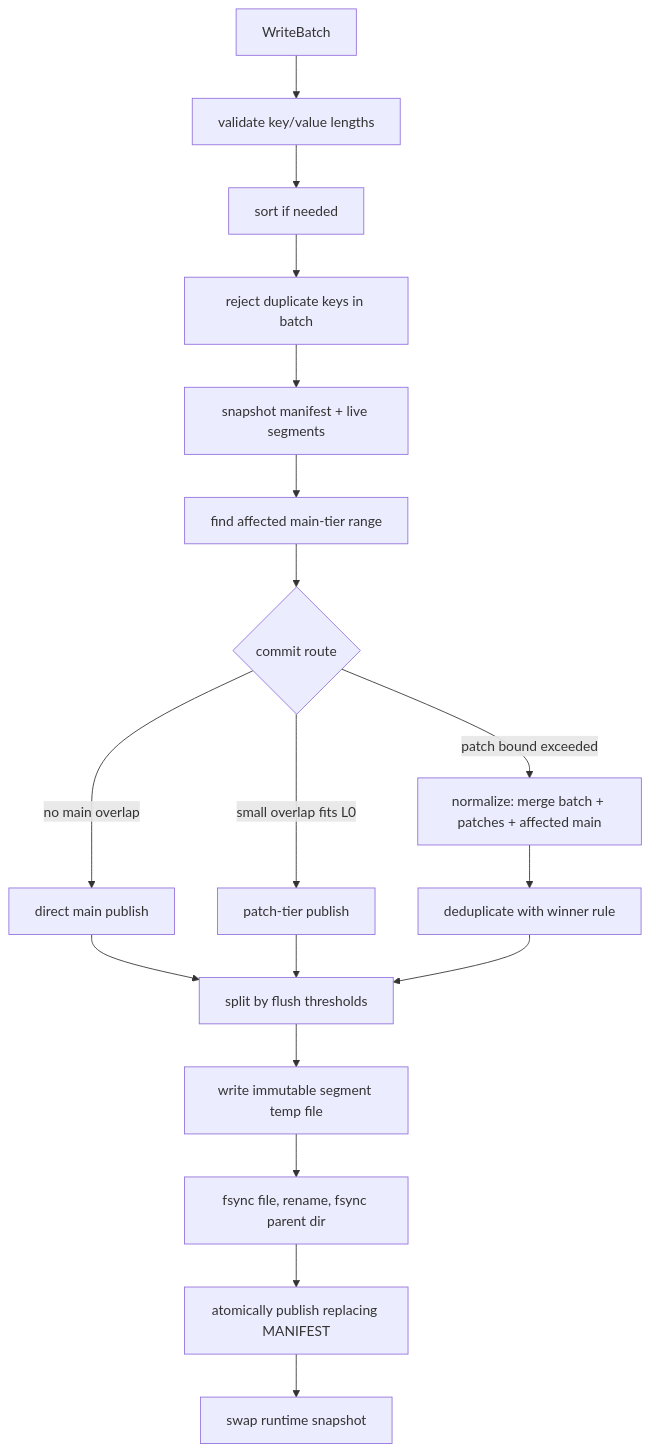
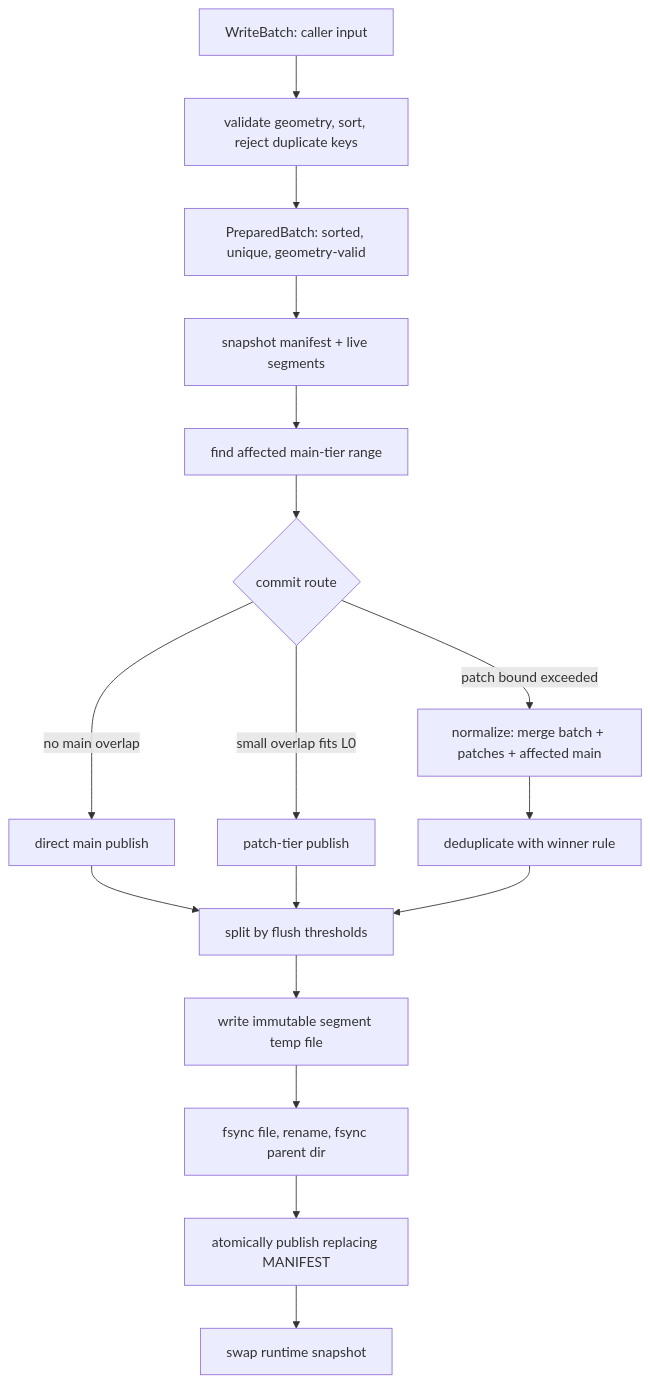
One commit to wangl-cc/evo-ssa-tools changed the fifth of 7 diagrams in crates/segment-cache-store/docs/design.md. Above: the diagram before and after it, drawn with Mermaid. The commit also changed other lines of this file and 4 other files, not shown here.

Commit message:
refactor(segment-cache-store): model prepared write batches

````diff
--- a/crates/segment-cache-store/docs/design.md
+++ b/crates/segment-cache-store/docs/design.md
@@ -422,23 +421,22 @@
 ```mermaid
 flowchart TD
-  Batch["WriteBatch"] --> Validate["validate key/value lengths"]
-  Validate --> Sort["sort if needed"]
-  Sort --> Duplicates["reject duplicate keys in batch"]
-  Duplicates --> Snapshot["snapshot manifest + live segments"]
+  Batch["WriteBatch: caller input"] --> Prepare["validate geometry, sort, reject duplicate keys"]
+  Prepare --> Prepared["PreparedBatch: sorted, unique, geometry-valid"]
+  Prepared --> Snapshot["snapshot manifest + live segments"]
   Snapshot --> Affected["find affected main-tier range"]
   Affected --> Route{"commit route"}
 
   Route -->|no main overlap| Direct["direct main publish"]
   Route -->|small overlap fits L0| Patch["patch-tier publish"]
   Route -->|patch bound exceeded| Normalize["normalize: merge batch + patches + affected main"]
 
   Direct --> Split["split by flush thresholds"]
   Patch --> Split
   Normalize --> Dedup["deduplicate with winner rule"]
   Dedup --> Split
 
   Split --> WriteSeg["write immutable segment temp file"]
   WriteSeg --> Rename["fsync file, rename, fsync parent dir"]
   Rename --> Publish["atomically publish replacing MANIFEST"]
   Publish --> Swap["swap runtime snapshot"]
 ```
````
